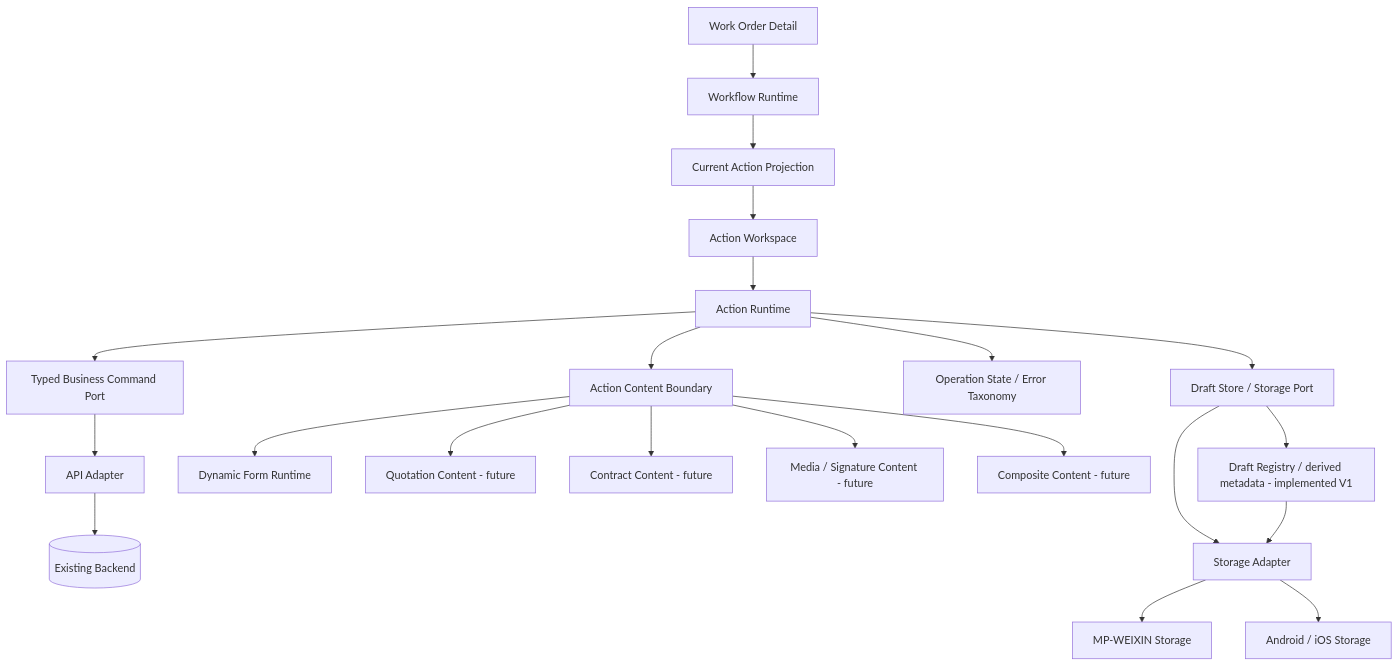
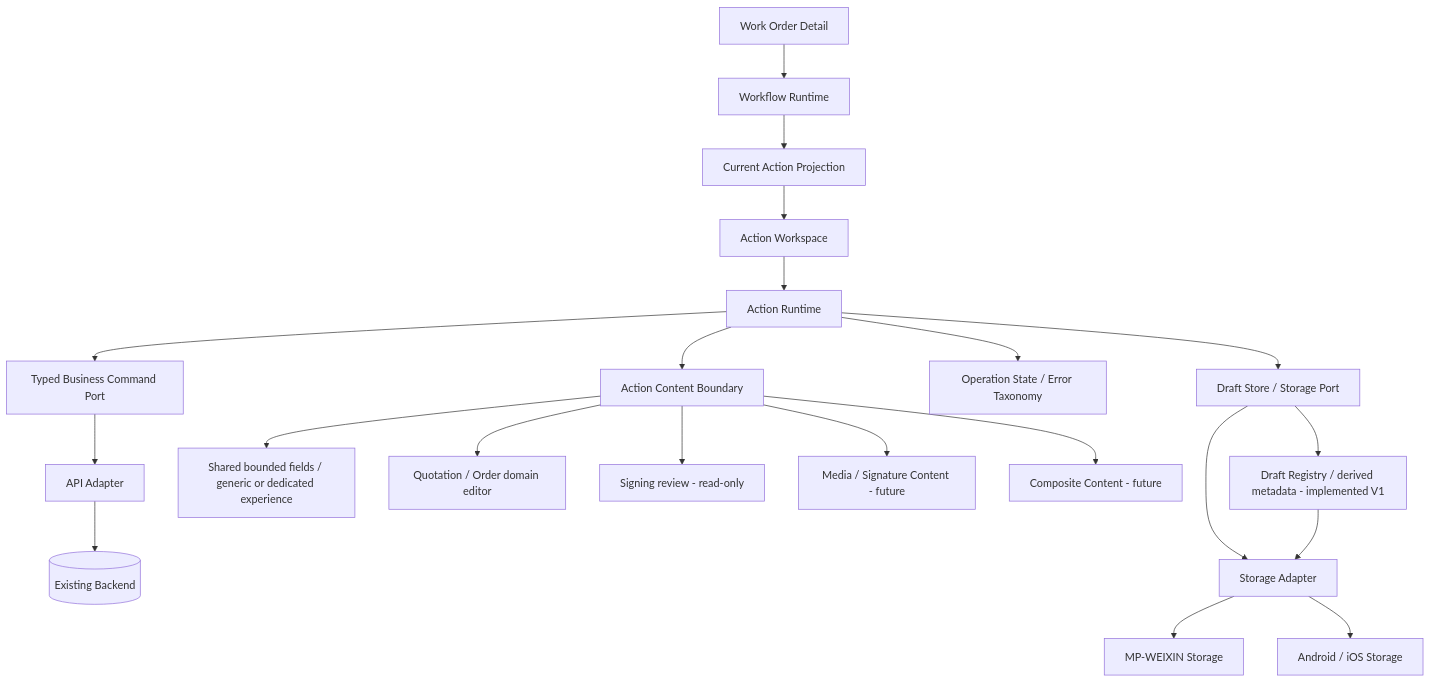
The diagram in docs/architecture/ACTION_WORKSPACE_ARCHITECTURE.md (xlink-bj/xlink-technician-app), drawn with Mermaid before and after one commit. The commit also changed other lines of this file and 3 other files, not shown here.

Commit message:
docs(architecture): clarify R1 data and experience boundaries

````diff
--- a/docs/architecture/ACTION_WORKSPACE_ARCHITECTURE.md
+++ b/docs/architecture/ACTION_WORKSPACE_ARCHITECTURE.md
@@ -99,28 +102,28 @@
 ```mermaid
 flowchart TD
     DETAIL[Work Order Detail] --> WF[Workflow Runtime]
     WF --> PROJ[Current Action Projection]
     PROJ --> WS[Action Workspace]
 
     WS --> AR[Action Runtime]
     AR --> CONTENT[Action Content Boundary]
     AR --> DRAFT[Draft Store / Storage Port]
     AR --> OP[Operation State / Error Taxonomy]
 
     DRAFT --> REGISTRY[Draft Registry / derived metadata - implemented V1]
 
-    CONTENT --> FORM[Dynamic Form Runtime]
-    CONTENT --> QUOTE[Quotation Content - future]
-    CONTENT --> CONTRACT[Contract Content - future]
+    CONTENT --> FORM[Shared bounded fields / generic or dedicated experience]
+    CONTENT --> QUOTE[Quotation / Order domain editor]
+    CONTENT --> CONTRACT[Signing review - read-only]
     CONTENT --> MEDIA[Media / Signature Content - future]
     CONTENT --> COMPOSITE[Composite Content - future]
 
     AR --> CMD[Typed Business Command Port]
     CMD --> API[API Adapter]
     API --> BACKEND[(Existing Backend)]
 
     DRAFT --> STORAGE[Storage Adapter]
     REGISTRY --> STORAGE
     STORAGE --> MP[MP-WEIXIN Storage]
     STORAGE --> APP[Android / iOS Storage]
 ```
````
